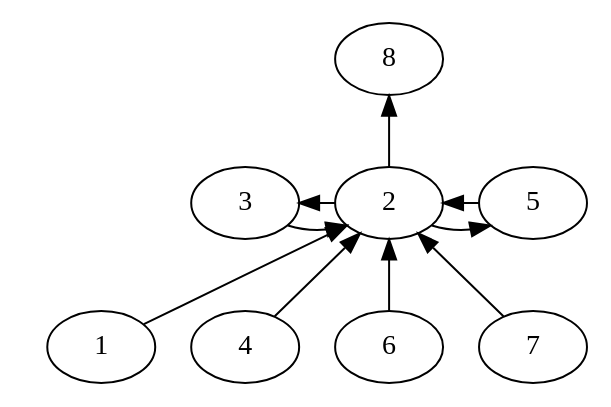
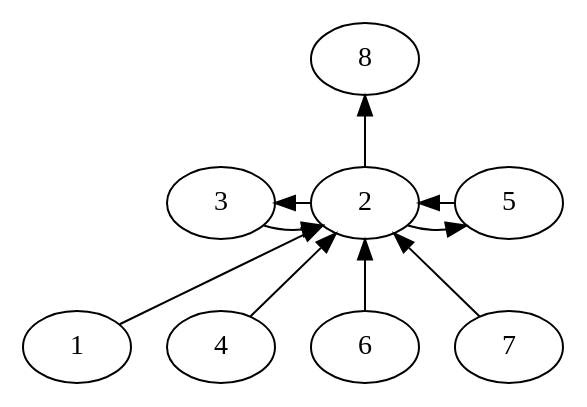
One commit to sisyphus1212/note changed the diagram in dpdk/内存管理.md. Above: the diagram before and after it, drawn with Graphviz.

Commit message:
auto_update

````diff
--- a/dpdk/内存管理.md
+++ b/dpdk/内存管理.md
@@ -16,70 +16,70 @@
 ```graphviz
 digraph b {
     overlap = false;
     splines = true;
 
     s8 [label = 8;group = g1;];
 
     s2 [label = 3;group = g2;];
     s3 [label = 2;group = g2;];
     s5 [label = 5;group = g2;];
 
     s1 [label = 1;group = g3;];
     s4 [label = 4;group = g3;];
     s6 [label = 6;group = g3;];
     s7 [label = 7;group = g3;];
 
 
 
     s8 -> s3 [dir = back;];
     s1 -> s3;
     s3 -> s6 [dir = back;];
     s4 -> s3;
     s7 -> s3;
 
     s2 -> s3;
     s3 -> s2;
     s3 -> s5;
     s5 -> s3;
 
 
     subgraph a {
         rankdir = TB;
         rank = same;
         s2;
         s3;
         s5;
     }
 
     subgraph {
         s1 -> s4 [style = invis;];
         s4 -> s6 [style = invis;];
         s6 -> s7 [style = invis;];
-        s1 -> start [style = invis;];
+        s1 -> T [style = invis;];
     }
     subgraph {
         rankdir = TB;
         rank = same;
 
-        start [style = invis;];
-        start -> s2 [style = invis;];
+        T [style = invis;];
+        T -> s2 [style = invis;];
         s2 -> s3 [style = invis;];
         s3 -> s5 [style = invis;];
     }
 
 
     subgraph c {
         rankdir = TB;
         rank = same;
         s1;
         s4;
         s6;
         s7;
     }
     subgraph d {
         rank = same;
         s8;
     }
     rank = same;
 }
 ```
````
